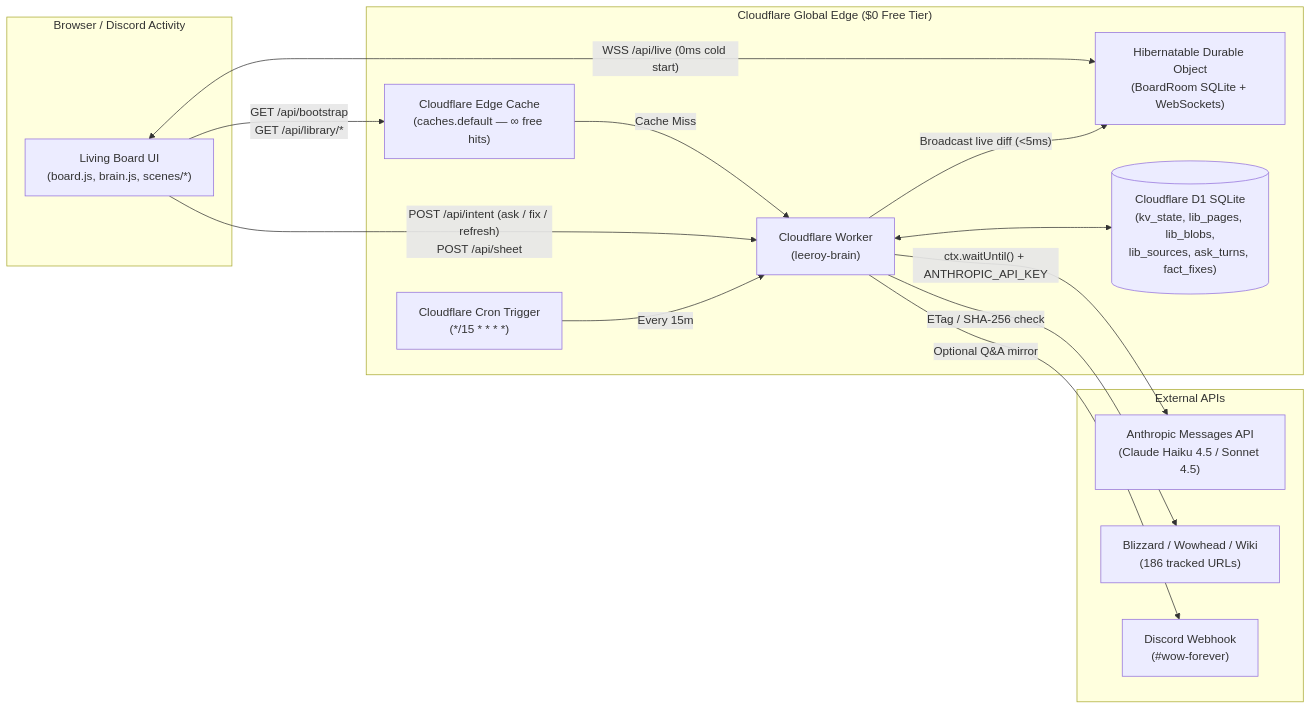
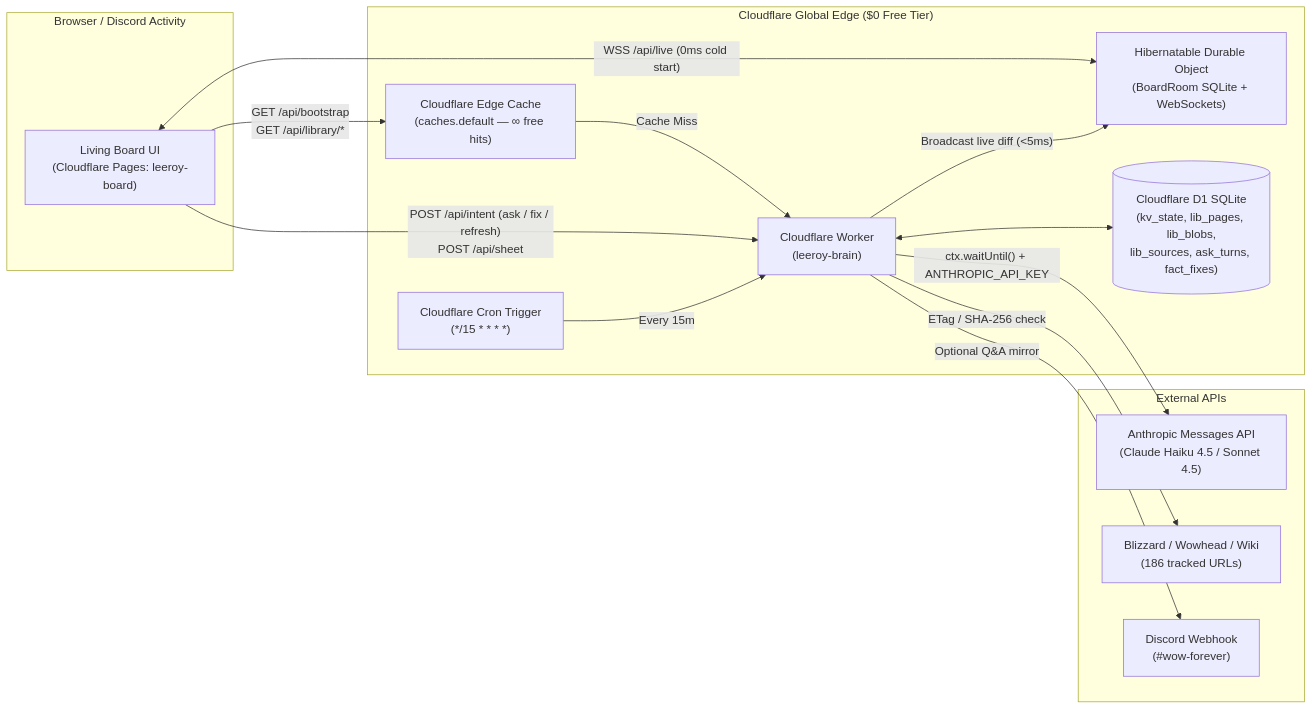
The diagram in infrastructure/README.md (Matt-Bloise/leeroy-board), drawn with Mermaid before and after one commit. The commit also changed other lines of this file and 2 other files, not shown here.

Commit message:
ci: restrict production Cloudflare site + worker deployment strictly to master pushes

````diff
--- a/infrastructure/README.md
+++ b/infrastructure/README.md
@@ -9,31 +9,31 @@
 ```mermaid
 flowchart LR
   subgraph Client["Browser / Discord Activity"]
-    UI["Living Board UI\n(board.js, brain.js, scenes/*)"]
+    UI["Living Board UI\n(Cloudflare Pages: leeroy-board)"]
   end
 
   subgraph Edge["Cloudflare Global Edge ($0 Free Tier)"]
     Cache["Cloudflare Edge Cache\n(caches.default — ∞ free hits)"]
     Worker["Cloudflare Worker\n(leeroy-brain)"]
     DO["Hibernatable Durable Object\n(BoardRoom SQLite + WebSockets)"]
     D1[("Cloudflare D1 SQLite\n(kv_state, lib_pages, lib_blobs,\nlib_sources, ask_turns, fact_fixes)")]
     Cron["Cloudflare Cron Trigger\n(*/15 * * * *)"]
   end
 
   subgraph External["External APIs"]
     Claude["Anthropic Messages API\n(Claude Haiku 4.5 / Sonnet 4.5)"]
     Sources["Blizzard / Wowhead / Wiki\n(186 tracked URLs)"]
     Discord["Discord Webhook\n(#wow-forever)"]
   end
 
   UI -- "GET /api/bootstrap\nGET /api/library/*" --> Cache
   Cache -- "Cache Miss" --> Worker
   Worker <--> D1
   UI <-->|"WSS /api/live (0ms cold start)"| DO
   UI -- "POST /api/intent (ask / fix / refresh)\nPOST /api/sheet" --> Worker
   Worker -- "Broadcast live diff (<5ms)" --> DO
   Worker -- "ctx.waitUntil() + ANTHROPIC_API_KEY" --> Claude
   Worker -- "Optional Q&A mirror" --> Discord
   Cron -- "Every 15m" --> Worker
   Worker -- "ETag / SHA-256 check" --> Sources
 ```
````
